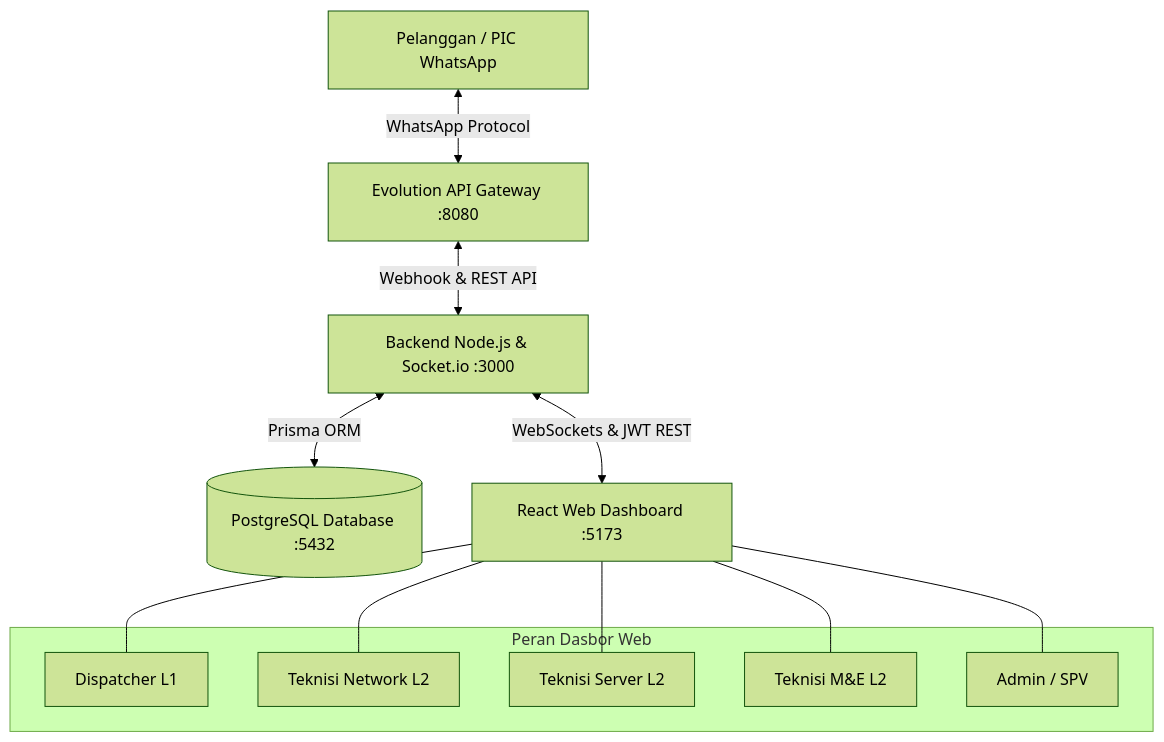
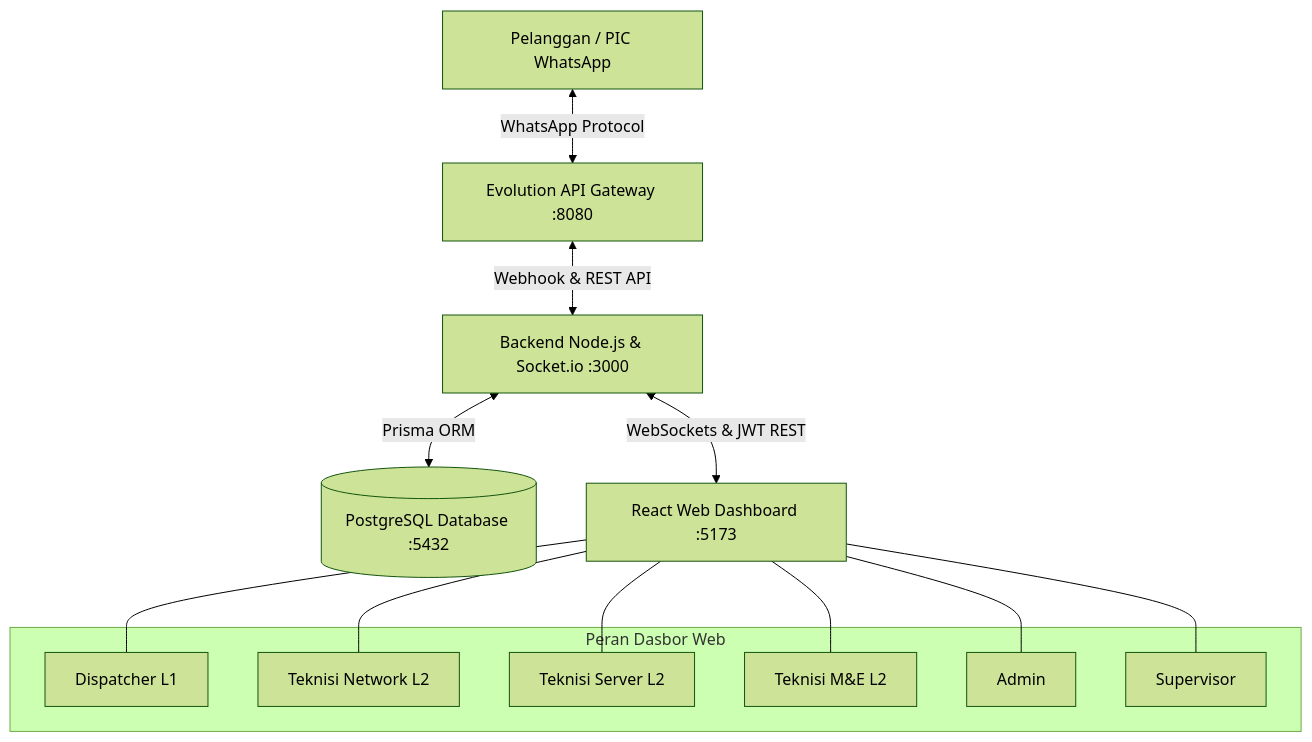
Before and after one commit to llaurensius/hts-chat-integration: the diagram in README.md, drawn with Mermaid (forest theme). The commit also changed other lines of this file and 12 other files, not shown here.

````diff
--- a/README.md
+++ b/README.md
@@ -58,21 +68,23 @@
 ```mermaid
 flowchart TD
     PIC[Pelanggan / PIC WhatsApp] <-->|WhatsApp Protocol| EVO[Evolution API Gateway :8080]
     EVO <-->|Webhook & REST API| BE[Backend Node.js & Socket.io :3000]
     BE <-->|Prisma ORM| DB[(PostgreSQL Database :5432)]
     BE <-->|WebSockets & JWT REST| FE[React Web Dashboard :5173]
     
     subgraph Dashboard Web [Peran Dasbor Web]
         L1[Dispatcher L1]
         L2_NET[Teknisi Network L2]
         L2_SRV[Teknisi Server L2]
         L2_ME[Teknisi M&E L2]
-        ADM[Admin / SPV]
+        ADM[Admin]
+        SPV[Supervisor]
     end
     
     FE --- L1
     FE --- L2_NET
     FE --- L2_SRV
     FE --- L2_ME
     FE --- ADM
+    FE --- SPV
 ```
````
